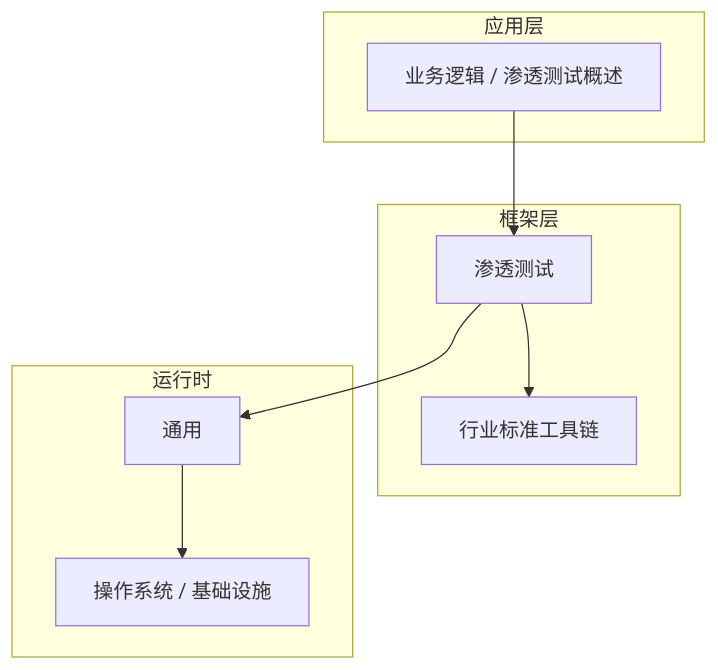
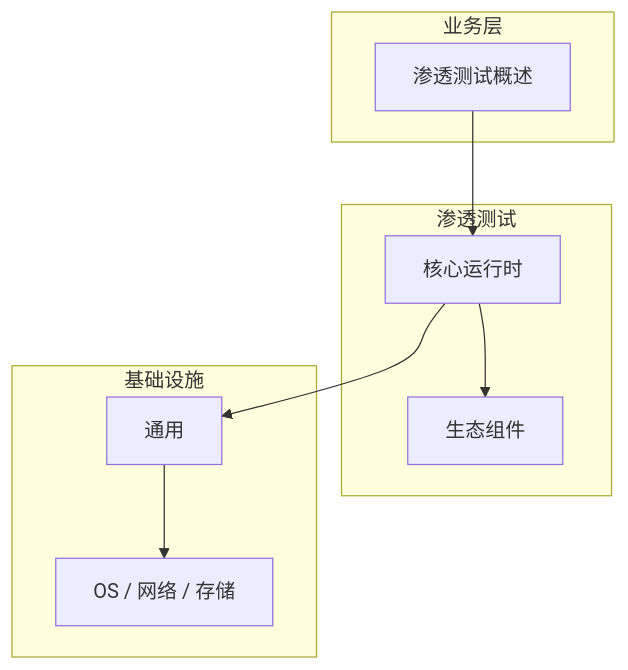
One commit to yanggan2015/knowledge-json-v2 changed the diagram in articles/渗透测试/chapters/001-授权安全评估测试概述核心概念与原理.md. Above: the diagram before and after it, drawn with Mermaid. The commit also changed other lines of this file and 10127 other files, not shown here.

````diff
--- a/articles/渗透测试/chapters/001-授权安全评估测试概述核心概念与原理.md
+++ b/articles/渗透测试/chapters/001-授权安全评估测试概述核心概念与原理.md
@@ -46,18 +31,18 @@
 ```mermaid
 graph TB
-    subgraph 应用层
-        A[业务逻辑 / 渗透测试概述]
+    subgraph 业务层
+        A[渗透测试概述]
     end
-    subgraph 框架层
-        B[渗透测试]
-        C[行业标准工具链]
+    subgraph 渗透测试
+        B[核心运行时]
+        C[生态组件]
     end
-    subgraph 运行时
+    subgraph 基础设施
         D[通用]
-        E[操作系统 / 基础设施]
+        E[OS / 网络 / 存储]
     end
     A --> B
     B --> C
     B --> D
     D --> E
 ```
````
